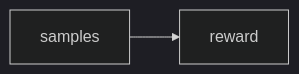
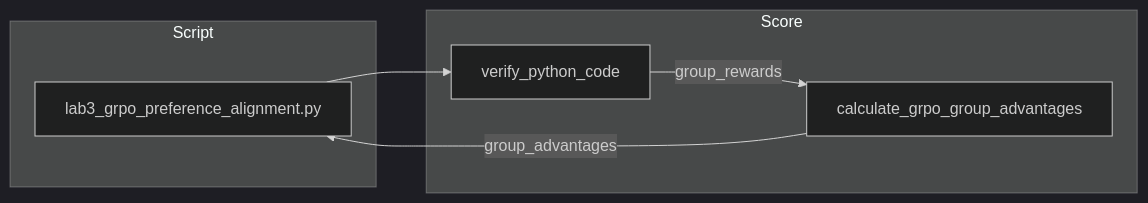
The diagram in education/optional_training/lab3_grpo_preference_alignment.md (jacobbweber/AgenticAI-Labs), drawn with Mermaid (dark theme) before and after one commit. The commit also changed other lines of this file, not shown here.

Commit message:
Align optional_training lab3_grpo_preference_alignment.md to the lab template.

````diff
--- a/education/optional_training/lab3_grpo_preference_alignment.md
+++ b/education/optional_training/lab3_grpo_preference_alignment.md
@@ -23,4 +12,13 @@
 ```mermaid
 flowchart LR
-    S["samples"] --> R["reward"]
+    subgraph otlab3_script [Script]
+        S["lab3_grpo_preference_alignment.py"]
+    end
+    subgraph otlab3_score [Score]
+        V["verify_python_code"]
+        A["calculate_grpo_group_advantages"]
+    end
+    S --> V
+    V -->|"group_rewards"| A
+    A -->|"group_advantages"| S
 ```
````
